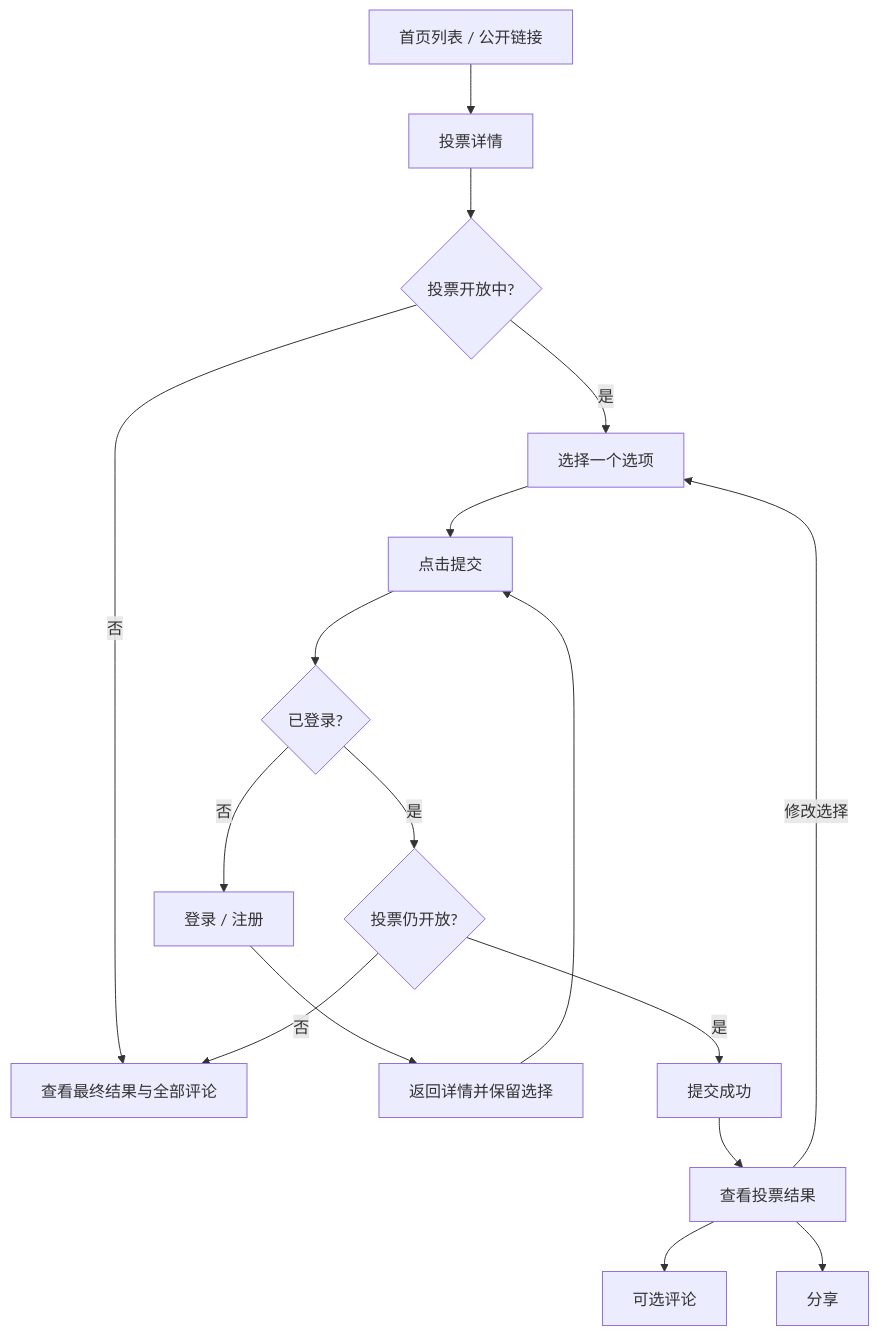
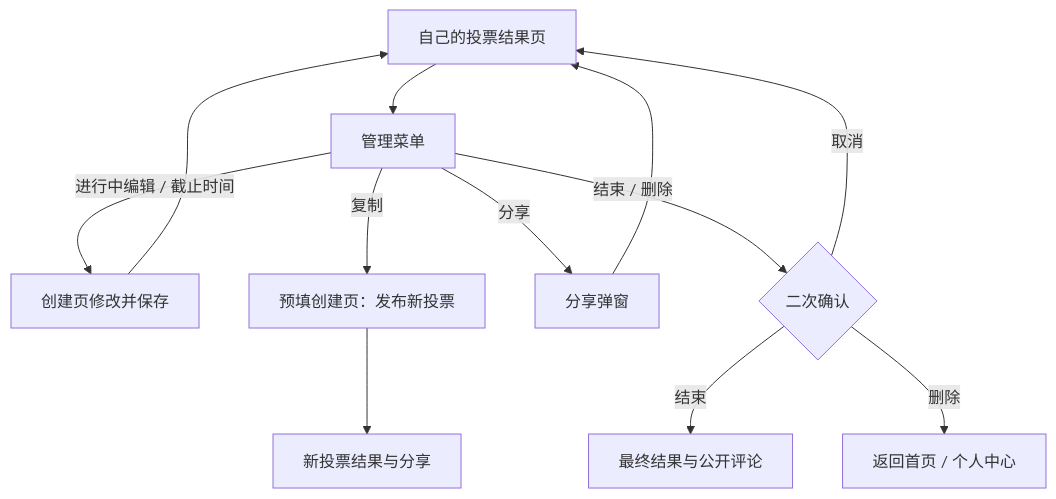
The second of 2 diagrams in docs/UserFlow.md (sd5913/The-Aliien-Repo), drawn with Mermaid before and after one commit. The commit also changed other lines of this file and 1 other file, not shown here.

Commit message:
fix: streamline user flow documentation and merge duplicate entry points

````diff
--- a/docs/UserFlow.md
+++ b/docs/UserFlow.md
@@ -72,23 +42,14 @@
 ```mermaid
 flowchart TD
-    A[首页列表 / 公开链接] --> B[投票详情]
-    B --> C{投票开放中?}
-
-    C -->|否| D[查看最终结果与全部评论]
-    C -->|是| E[选择一个选项]
-    E --> F[点击提交]
-    F --> G{已登录?}
-
-    G -->|否| H[登录 / 注册]
-    H --> I[返回详情并保留选择]
-    I --> F
-
-    G -->|是| J{投票仍开放?}
-    J -->|否| D
-    J -->|是| K[提交成功]
-    K --> L[查看投票结果]
-
-    L --> M[可选评论]
-    L --> N[分享]
-    L -->|修改选择| E
+    R[自己的投票结果页] --> M[管理菜单]
+    M -->|进行中编辑 / 截止时间| E[创建页修改并保存]
+    E --> R
+    M -->|复制| C[预填创建页：发布新投票]
+    C --> N[新投票结果与分享]
+    M -->|分享| S[分享弹窗]
+    S --> R
+    M -->|结束 / 删除| Q{二次确认}
+    Q -->|取消| R
+    Q -->|结束| F[最终结果与公开评论]
+    Q -->|删除| B[返回首页 / 个人中心]
 ```
````
